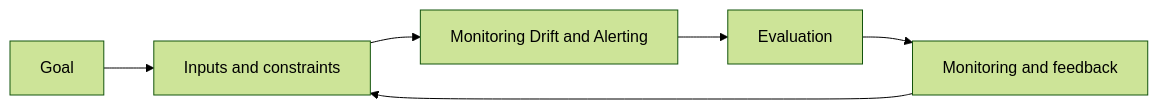
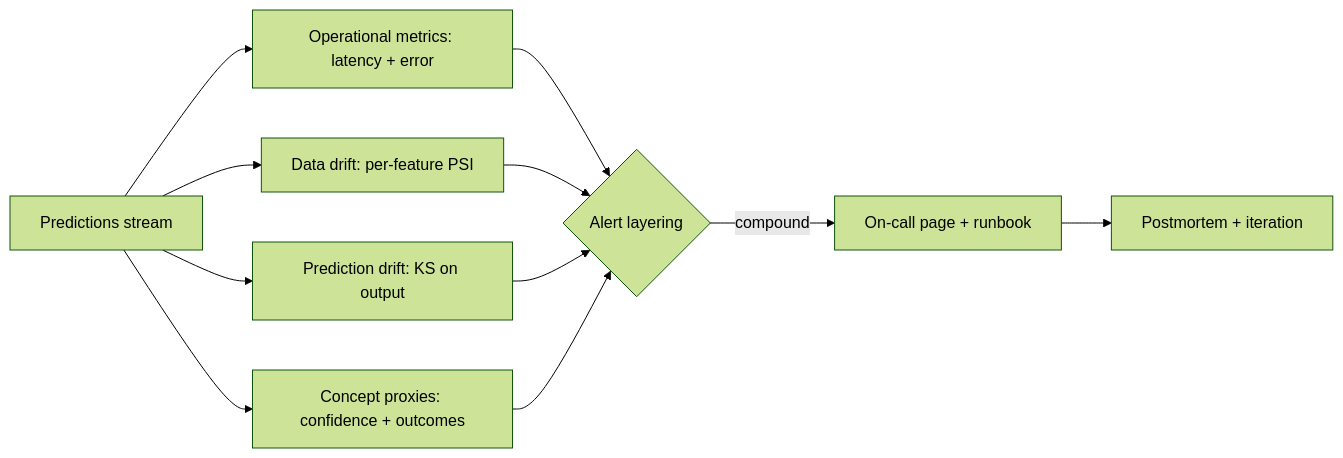
One commit to Icon1cc/Machine-Learning changed the diagram in mlops/09-monitoring-drift-and-alerting.md. Above: the diagram before and after it, drawn with Mermaid (forest theme). The commit also changed other lines of this file and 264 other files, not shown here.

````diff
--- a/mlops/09-monitoring-drift-and-alerting.md
+++ b/mlops/09-monitoring-drift-and-alerting.md
@@ -92,8 +348,13 @@
 ```mermaid
 flowchart LR
-    A[Goal] --> B[Inputs and constraints]
-    B --> C[Monitoring Drift and Alerting]
-    C --> D[Evaluation]
-    D --> E[Monitoring and feedback]
-    E --> B
+    P[Predictions stream] --> Op[Operational metrics: latency + error]
+    P --> D[Data drift: per-feature PSI]
+    P --> PD[Prediction drift: KS on output]
+    P --> Cp[Concept proxies: confidence + outcomes]
+    Op --> A{Alert layering}
+    D --> A
+    PD --> A
+    Cp --> A
+    A -- compound --> On[On-call page + runbook]
+    On --> Pm[Postmortem + iteration]
 ```
````
